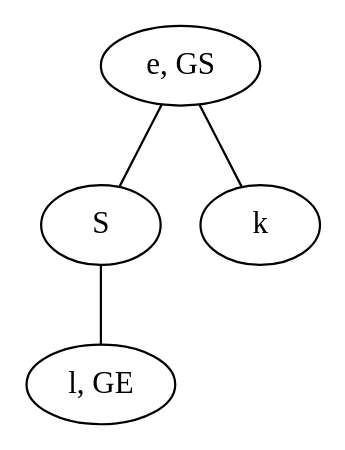
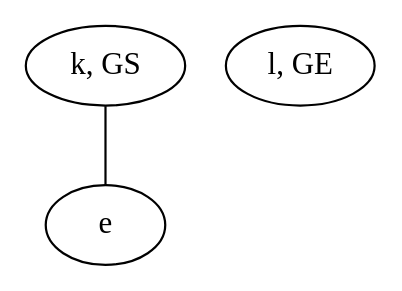
Before and after one commit to schrum2/MM-NEAT: the diagram in data/VGLC/Zelda/rules/1/9_K-L.dot, drawn with Graphviz. The commit also changed 34 other files, not shown here.

```diff
--- a/data/VGLC/Zelda/rules/1/9_K-L.dot
+++ b/data/VGLC/Zelda/rules/1/9_K-L.dot
@@ -1,9 +1,6 @@
 graph {
-yXAd [label="e, GS"]
-iOkf [label="l, GE"]
-WkEV [label="S"]
-gzwC [label="k"]
-yXAd -- WkEV
-yXAd -- gzwC
-WkEV -- iOkf
+JRcg [label="k, GS"]
+hfdt [label="l, GE"]
+RukT [label="e"]
+JRcg -- RukT
 }
```
